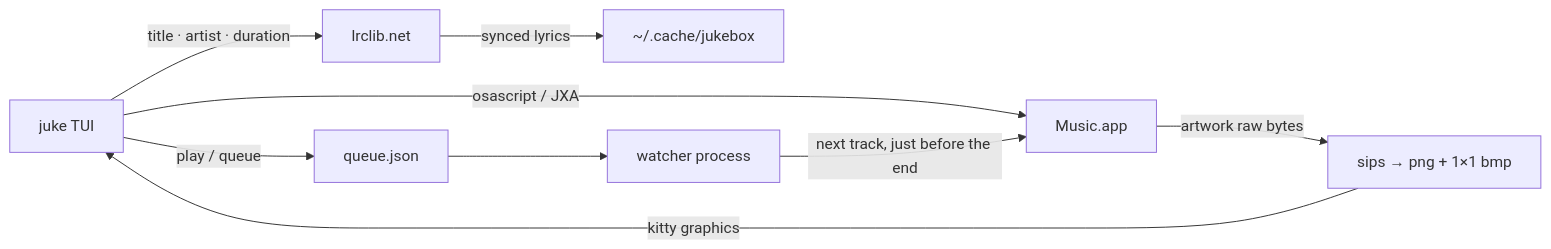
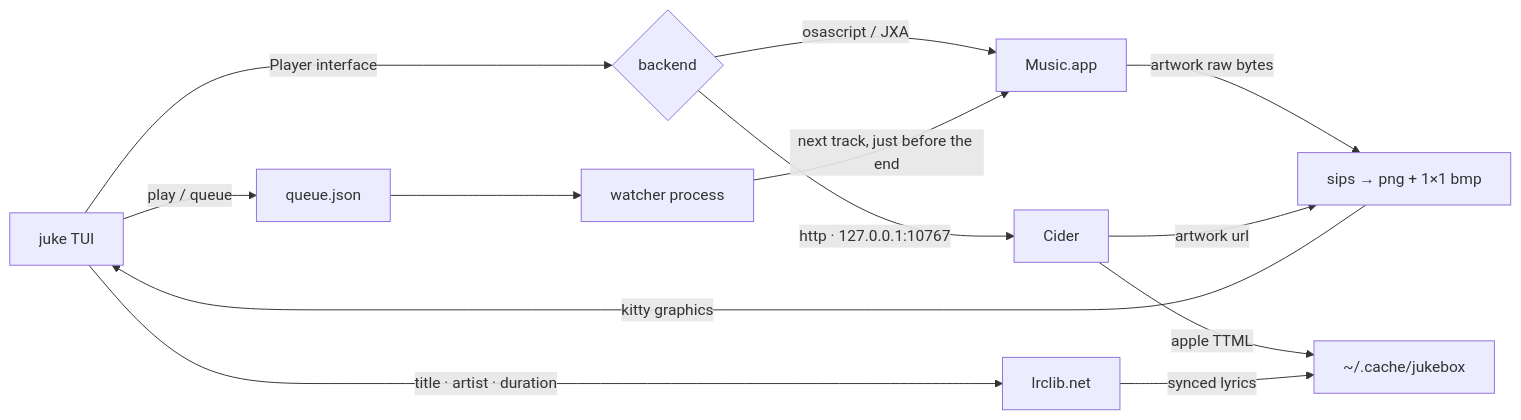
Before and after one commit to nitrimandylis/jukebox: the diagram in README.md, drawn with Mermaid. The commit also changed other lines of this file and 4 other files, not shown here.

Commit message:
add cider as a second backend behind a player interface

````diff
--- a/README.md
+++ b/README.md
@@ -62,11 +73,15 @@
 ```mermaid
 flowchart LR
-    A[juke TUI] -->|osascript / JXA| B[Music.app]
+    A[juke TUI] -->|Player interface| P{backend}
+    P -->|osascript / JXA| B[Music.app]
+    P -->|http · 127.0.0.1:10767| H[Cider]
     B -->|artwork raw bytes| C[sips → png + 1×1 bmp]
+    H -->|artwork url| C
     C -->|kitty graphics| A
     A -->|title · artist · duration| D[lrclib.net]
-    D -->|synced lyrics| E[~/.cache/jukebox]
+    H -->|apple TTML| E[~/.cache/jukebox]
+    D -->|synced lyrics| E
     A -->|play / queue| F[queue.json]
     F --> G[watcher process]
     G -->|next track, just before the end| B
 ```
````
